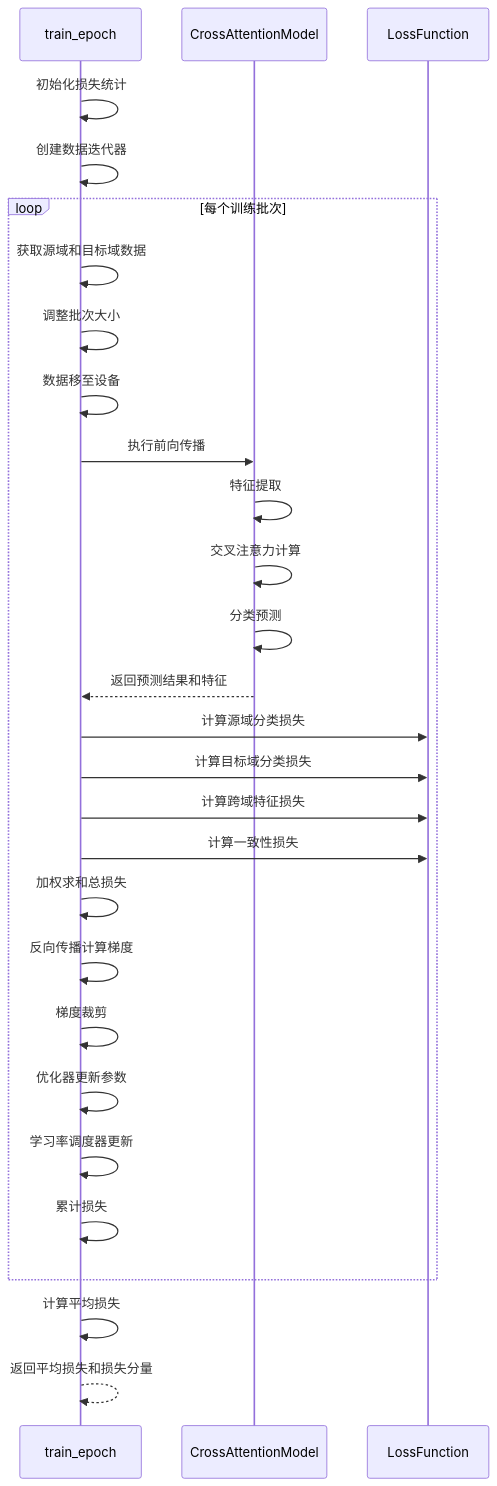
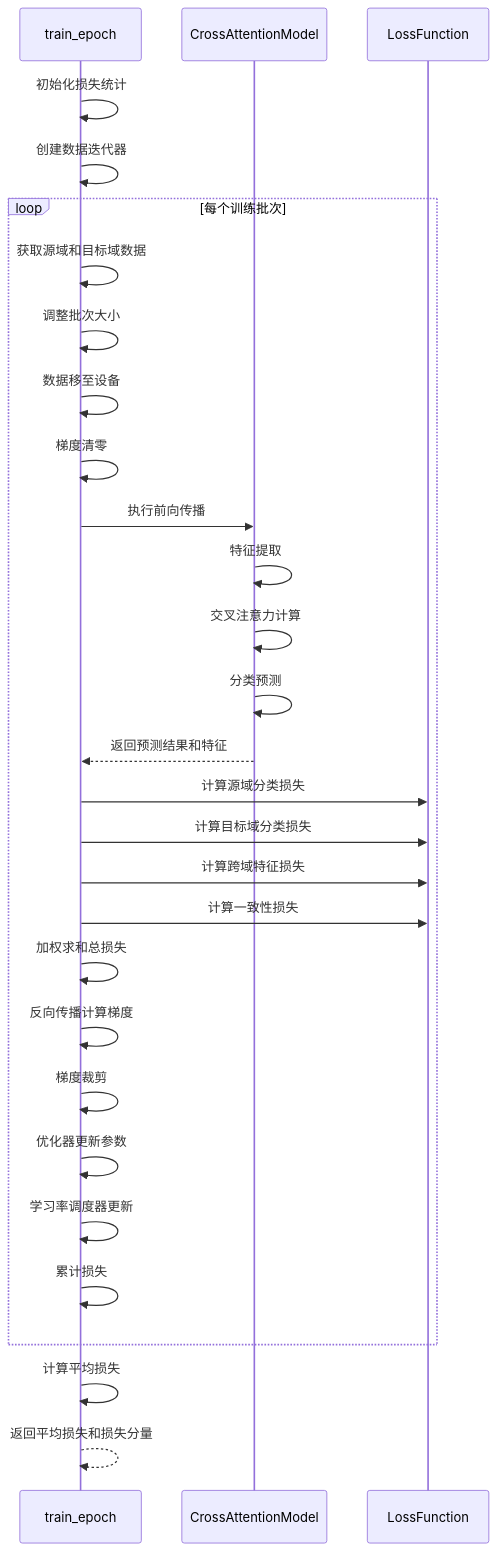
Before and after one commit to Opao-heng/CSI: the diagram in .qoder/repowiki/zh/content/注意力机制模型/训练流程.md, drawn with Mermaid. The commit also changed other lines of this file and 35 other files, not shown here.

````diff
--- a/.qoder/repowiki/zh/content/注意力机制模型/训练流程.md
+++ b/.qoder/repowiki/zh/content/注意力机制模型/训练流程.md
@@ -44,30 +52,31 @@
 ```mermaid
 sequenceDiagram
 participant Train as train_epoch
 participant Model as CrossAttentionModel
 participant Loss as LossFunction
 Train->>Train : 初始化损失统计
 Train->>Train : 创建数据迭代器
 loop 每个训练批次
 Train->>Train : 获取源域和目标域数据
 Train->>Train : 调整批次大小
 Train->>Train : 数据移至设备
+Train->>Train : 梯度清零
 Train->>Model : 执行前向传播
 Model->>Model : 特征提取
 Model->>Model : 交叉注意力计算
 Model->>Model : 分类预测
 Model-->>Train : 返回预测结果和特征
 Train->>Loss : 计算源域分类损失
 Train->>Loss : 计算目标域分类损失
 Train->>Loss : 计算跨域特征损失
 Train->>Loss : 计算一致性损失
 Train->>Train : 加权求和总损失
 Train->>Train : 反向传播计算梯度
 Train->>Train : 梯度裁剪
 Train->>Train : 优化器更新参数
 Train->>Train : 学习率调度器更新
 Train->>Train : 累计损失
 end
 Train->>Train : 计算平均损失
 Train-->>Train : 返回平均损失和损失分量
 ```
````
